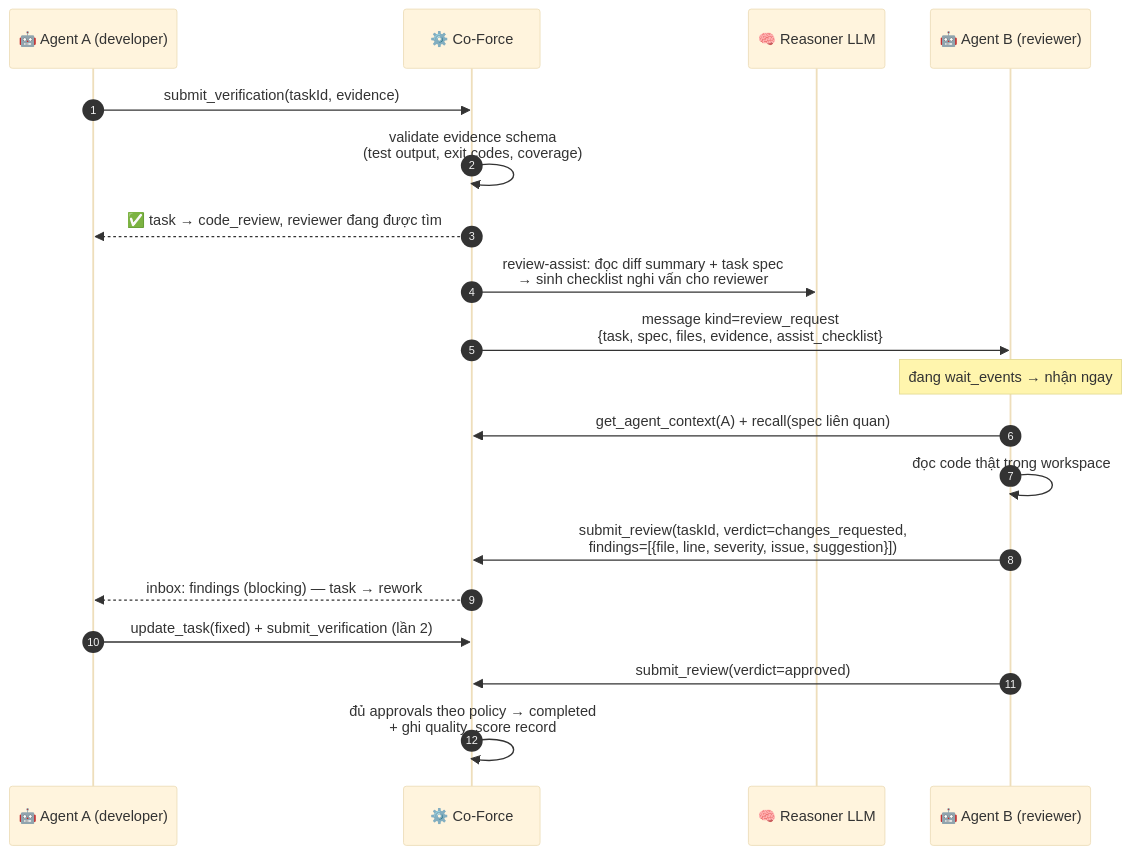
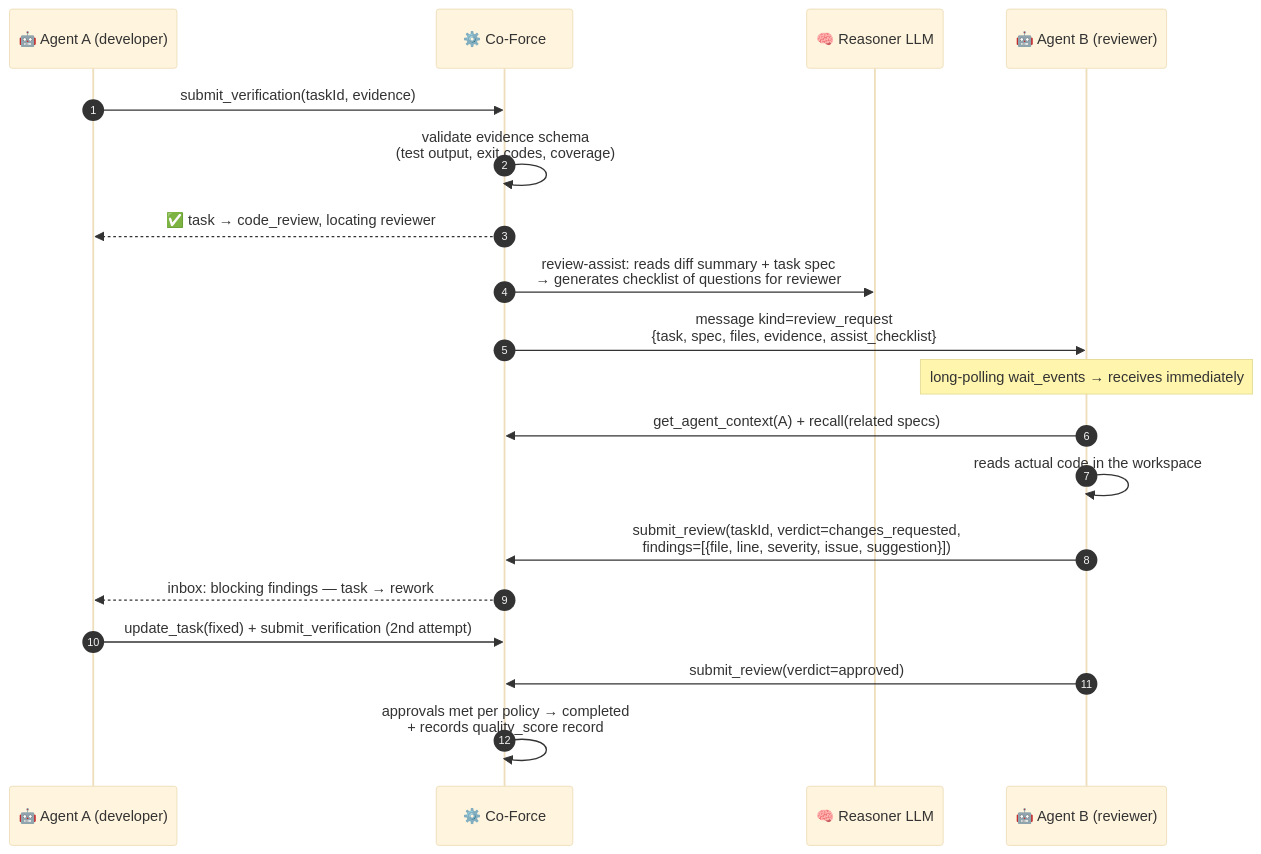
One commit to hiimtrung/co-force changed the second of 2 diagrams in docs/plans/07_quality_engine_and_a2a.md. Above: the diagram before and after it, drawn with Mermaid (base theme). The commit also changed other lines of this file and 17 other files, not shown here.

````diff
--- a/docs/plans/07_quality_engine_and_a2a.md
+++ b/docs/plans/07_quality_engine_and_a2a.md
@@ -110,22 +110,22 @@
 ```mermaid
 sequenceDiagram
     autonumber
     participant Dev as 🤖 Agent A (developer)
     participant Srv as ⚙️ Co-Force
     participant LLM as 🧠 Reasoner LLM
     participant Rev as 🤖 Agent B (reviewer)
 
     Dev->>Srv: submit_verification(taskId, evidence)
     Srv->>Srv: validate evidence schema<br/>(test output, exit codes, coverage)
-    Srv-->>Dev: ✅ task → code_review, reviewer đang được tìm
-    Srv->>LLM: review-assist: đọc diff summary + task spec<br/>→ sinh checklist nghi vấn cho reviewer
+    Srv-->>Dev: ✅ task → code_review, locating reviewer
+    Srv->>LLM: review-assist: reads diff summary + task spec<br/>→ generates checklist of questions for reviewer
     Srv->>Rev: message kind=review_request<br/>{task, spec, files, evidence, assist_checklist}
-    Note over Rev: đang wait_events → nhận ngay
-    Rev->>Srv: get_agent_context(A) + recall(spec liên quan)
-    Rev->>Rev: đọc code thật trong workspace
+    Note over Rev: long-polling wait_events → receives immediately
+    Rev->>Srv: get_agent_context(A) + recall(related specs)
+    Rev->>Rev: reads actual code in the workspace
     Rev->>Srv: submit_review(taskId, verdict=changes_requested,<br/>findings=[{file, line, severity, issue, suggestion}])
-    Srv-->>Dev: inbox: findings (blocking) — task → rework
-    Dev->>Srv: update_task(fixed) + submit_verification (lần 2)
+    Srv-->>Dev: inbox: blocking findings — task → rework
+    Dev->>Srv: update_task(fixed) + submit_verification (2nd attempt)
     Rev->>Srv: submit_review(verdict=approved)
-    Srv->>Srv: đủ approvals theo policy → completed<br/>+ ghi quality_score record
+    Srv->>Srv: approvals met per policy → completed<br/>+ records quality_score record
 ```
````
